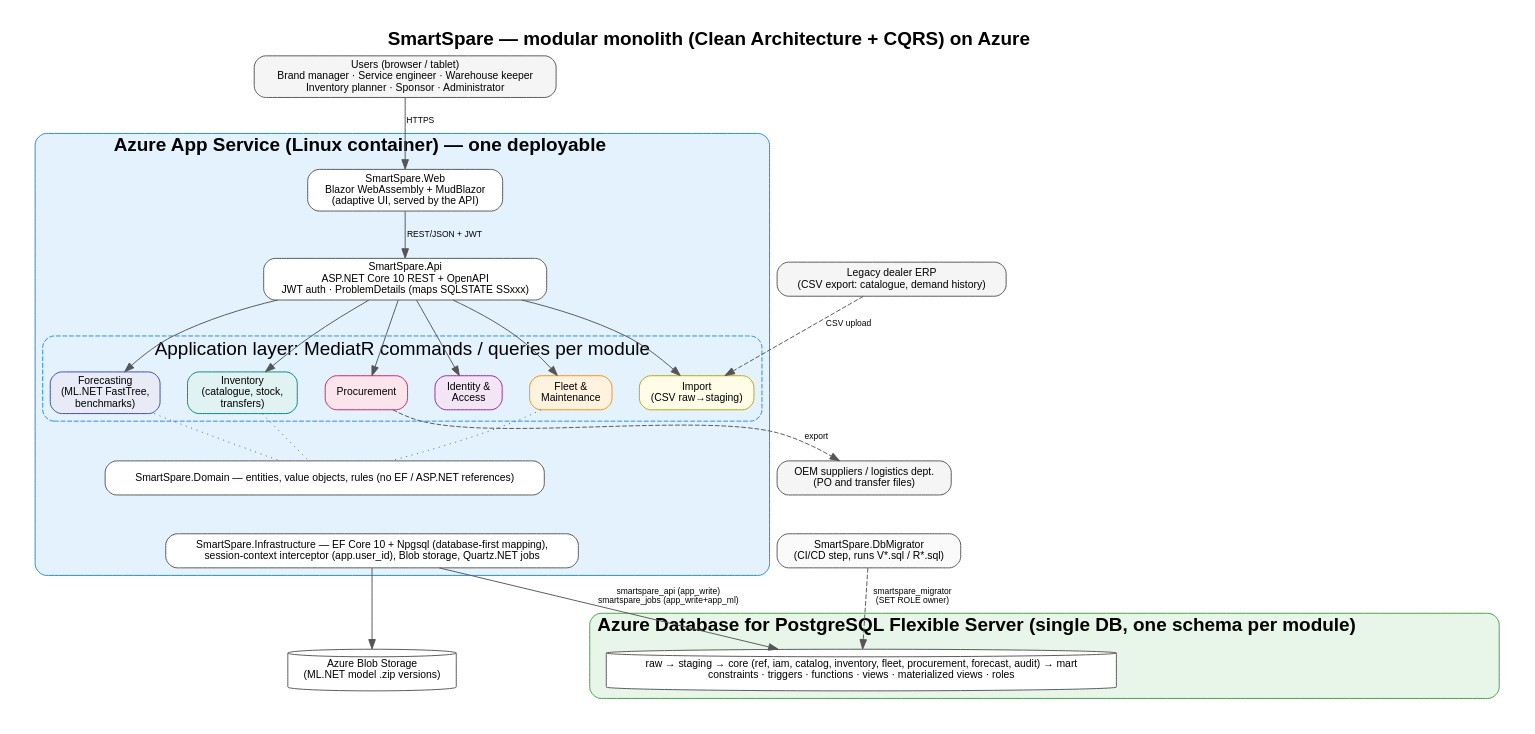
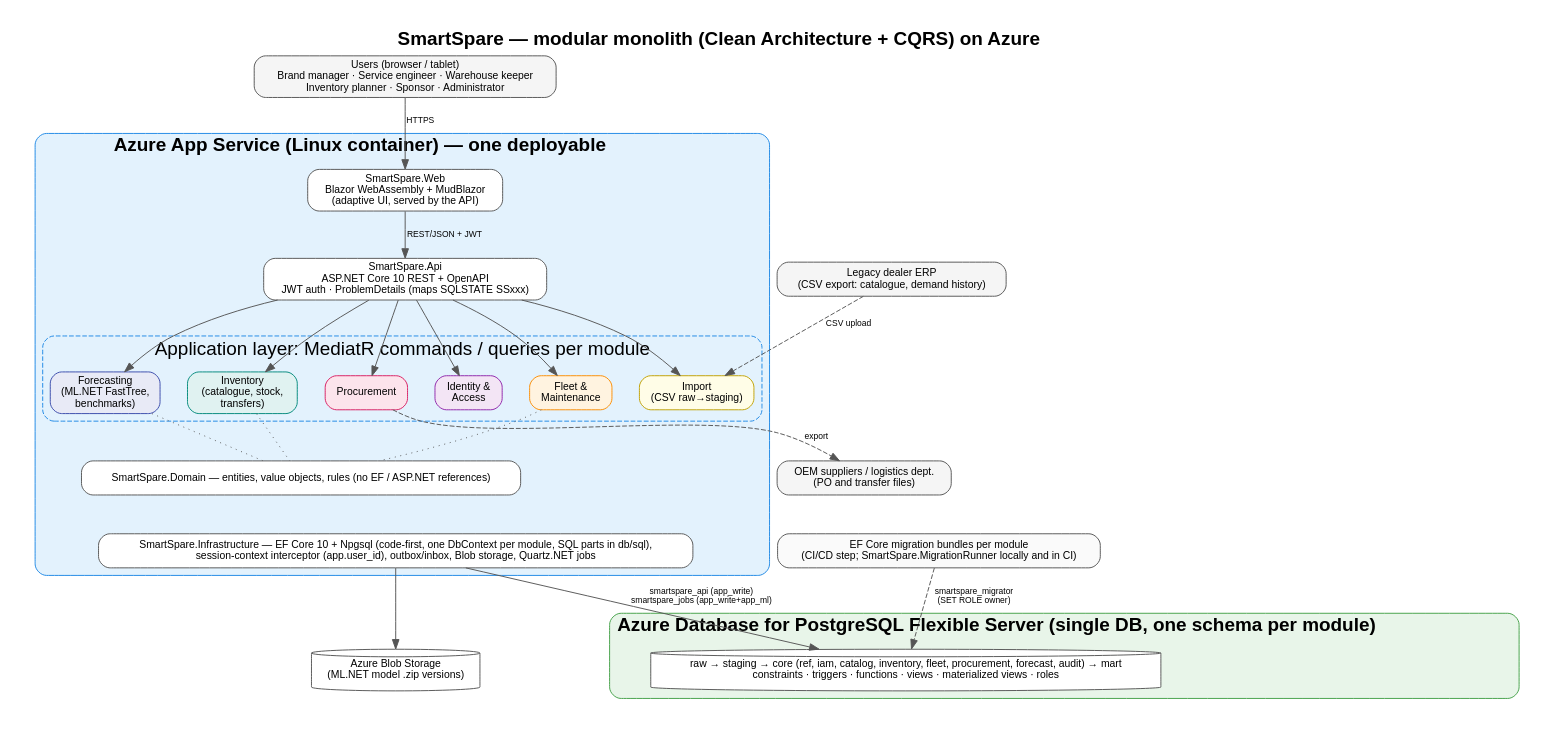
The diagram in docs/architecture/diagrams/architecture.dot (sgorgun/SmartSpare), drawn with Graphviz before and after one commit.

Commit message:
docs(architecture): show EF migrations instead of the retired migrator
The architecture diagram still showed SmartSpare.DbMigrator running
V*.sql and a database-first mapping. Both are retired in this PR; the
diagram now shows EF Core migration bundles (MigrationRunner locally
and in CI) and code-first contexts per module. The rest of the diagram
predates ADR 0002-0006 and is refreshed in stage 10 (separate issue).

```diff
--- a/docs/architecture/diagrams/architecture.dot
+++ b/docs/architecture/diagrams/architecture.dot
@@ -1,35 +1,35 @@
 digraph A {
   graph [rankdir=TB, fontname="Helvetica", nodesep=0.4, ranksep=0.55, label=<<B>SmartSpare — modular monolith (Clean Architecture + CQRS) on Azure</B>>, labelloc=t, fontsize=20, pad=0.3];
   node [shape=box, style="rounded,filled", fontname="Helvetica", fontsize=11, fillcolor="#FFFFFF", color="#555555"];
   edge [fontname="Helvetica", fontsize=9, color="#555555"];
   users [label="Users (browser / tablet)\nBrand manager · Service engineer · Warehouse keeper\nInventory planner · Sponsor · Administrator", shape=box, fillcolor="#F5F5F5"];
   erp [label="Legacy dealer ERP\n(CSV export: catalogue, demand history)", fillcolor="#F5F5F5"];
   supp [label="OEM suppliers / logistics dept.\n(PO and transfer files)", fillcolor="#F5F5F5"];
   subgraph cluster_app { label=<<B>Azure App Service (Linux container) — one deployable</B>>; style="rounded,filled"; fillcolor="#E3F2FD"; color="#1E88E5";
     web [label="SmartSpare.Web\nBlazor WebAssembly + MudBlazor\n(adaptive UI, served by the API)"];
     api [label="SmartSpare.Api\nASP.NET Core 10 REST + OpenAPI\nJWT auth · ProblemDetails (maps SQLSTATE SSxxx)"];
     subgraph cluster_mod { label="Application layer: MediatR commands / queries per module"; style="rounded,dashed"; color="#1E88E5"; fillcolor="#FFFFFF";
       m1 [label="Fleet &\nMaintenance", fillcolor="#FFF3E0", color="#FB8C00"];
       m2 [label="Inventory\n(catalogue, stock,\ntransfers)", fillcolor="#E0F2F1", color="#00897B"];
       m3 [label="Procurement", fillcolor="#FCE4EC", color="#D81B60"];
       m4 [label="Forecasting\n(ML.NET FastTree,\nbenchmarks)", fillcolor="#E8EAF6", color="#3949AB"];
       m5 [label="Identity &\nAccess", fillcolor="#F3E5F5", color="#8E24AA"];
       m6 [label="Import\n(CSV raw→staging)", fillcolor="#FFFDE7", color="#C0A000"];
     }
     dom [label="SmartSpare.Domain — entities, value objects, rules (no EF / ASP.NET references)"];
-    infra [label="SmartSpare.Infrastructure — EF Core 10 + Npgsql (database-first mapping),\nsession-context interceptor (app.user_id), Blob storage, Quartz.NET jobs"];
+    infra [label="SmartSpare.Infrastructure — EF Core 10 + Npgsql (code-first, one DbContext per module, SQL parts in db/sql),\nsession-context interceptor (app.user_id), outbox/inbox, Blob storage, Quartz.NET jobs"];
   }
   subgraph cluster_db { label=<<B>Azure Database for PostgreSQL Flexible Server (single DB, one schema per module)</B>>; style="rounded,filled"; fillcolor="#E8F5E9"; color="#43A047";
     db [label="raw → staging → core (ref, iam, catalog, inventory, fleet, procurement, forecast, audit) → mart\nconstraints · triggers · functions · views · materialized views · roles", shape=cylinder, fillcolor="#FFFFFF"];
   }
   blob [label="Azure Blob Storage\n(ML.NET model .zip versions)", shape=cylinder];
-  mig [label="SmartSpare.DbMigrator\n(CI/CD step, runs V*.sql / R*.sql)", fillcolor="#FAFAFA"];
+  mig [label="EF Core migration bundles per module\n(CI/CD step; SmartSpare.MigrationRunner locally and in CI)", fillcolor="#FAFAFA"];
   users -> web [label=" HTTPS"]; web -> api [label=" REST/JSON + JWT"];
   api -> m1; api -> m2; api -> m3; api -> m4; api -> m5; api -> m6;
   m1 -> dom [style=dotted, arrowhead=none]; m4 -> dom [style=dotted, arrowhead=none]; m2 -> dom [style=dotted, arrowhead=none];
   dom -> infra [style=invis];
   infra -> db [label=" smartspare_api (app_write)\n smartspare_jobs (app_write+app_ml)"];
   infra -> blob;
   mig -> db [label=" smartspare_migrator\n(SET ROLE owner)", style=dashed];
   erp -> m6 [label=" CSV upload", style=dashed]; m3 -> supp [label=" export", style=dashed];
 }
```
